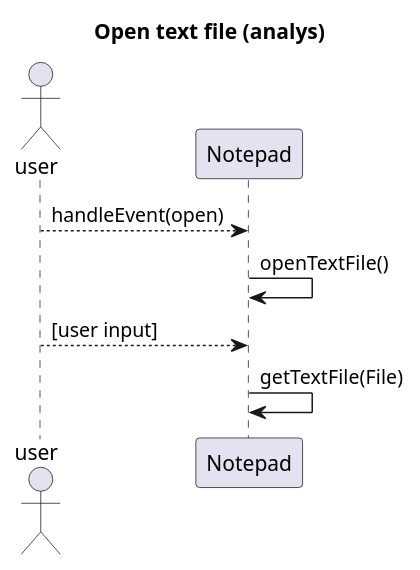
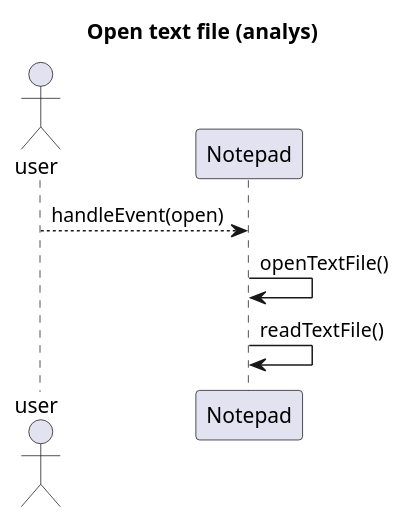
The diagram in laboration1/sekvense-open-diagram.pu (Oliverpe/ISGC08), drawn with PlantUML before and after one commit. The commit also changed 19 other files, not shown here.

```diff
--- a/laboration1/sekvense-open-diagram.pu
+++ b/laboration1/sekvense-open-diagram.pu
@@ -1,9 +1,9 @@
 @startuml
 title Open text file (analys)
 actor "user" as u
 participant "Notepad" as n
-u-->n:handleEvent(open)
-n->n:openTextFile()
-u-->n: [user input]
-n->n:getTextFile(File)
+u --> n :handleEvent(open)
+n -> n : openTextFile()
+n -> n: readTextFile()
+
 @enduml
```
